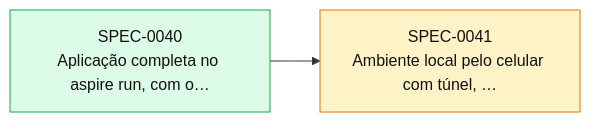
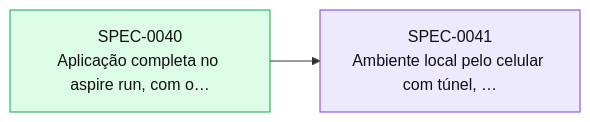
The diagram in docs/specs/INDEX.md (thomasravache/subsolo), drawn with Mermaid before and after one commit. The commit also changed other lines of this file and 1 other file, not shown here.

First line of the commit message:
docs(sdd): approve and plan SPEC-0041

````diff
--- a/docs/specs/INDEX.md
+++ b/docs/specs/INDEX.md
@@ -66,11 +66,11 @@
 ```mermaid
 flowchart LR
   S0040["SPEC-0040<br/>Aplicação completa no aspire run, com o…"]:::implemented
-  S0041["SPEC-0041<br/>Ambiente local pelo celular com túnel, …"]:::proposed
+  S0041["SPEC-0041<br/>Ambiente local pelo celular com túnel, …"]:::inprogress
   S0040 --> S0041
   classDef proposed fill:#fef3c7,stroke:#d97706,color:#111
   classDef approved fill:#dbeafe,stroke:#2563eb,color:#111
   classDef inprogress fill:#ede9fe,stroke:#7c3aed,color:#111
   classDef implemented fill:#dcfce7,stroke:#16a34a,color:#111
   classDef deprecated fill:#f3f4f6,stroke:#9ca3af,color:#6b7280
 ```
````
